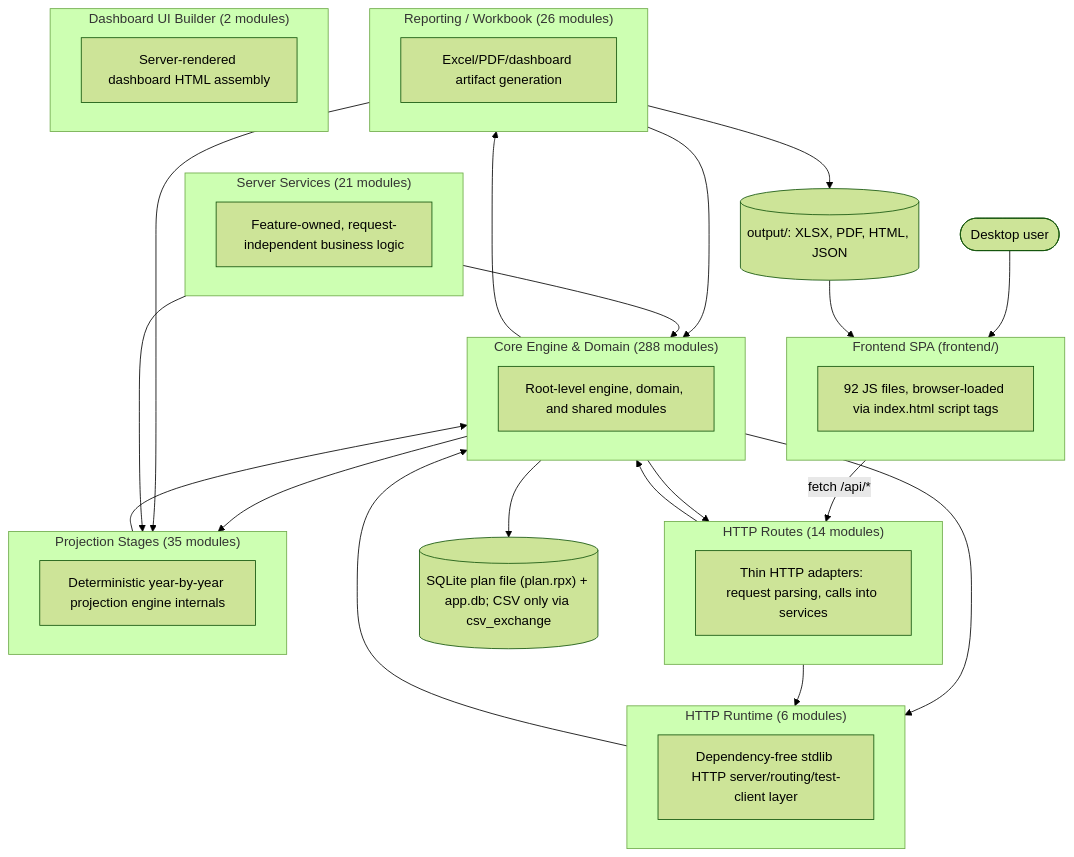
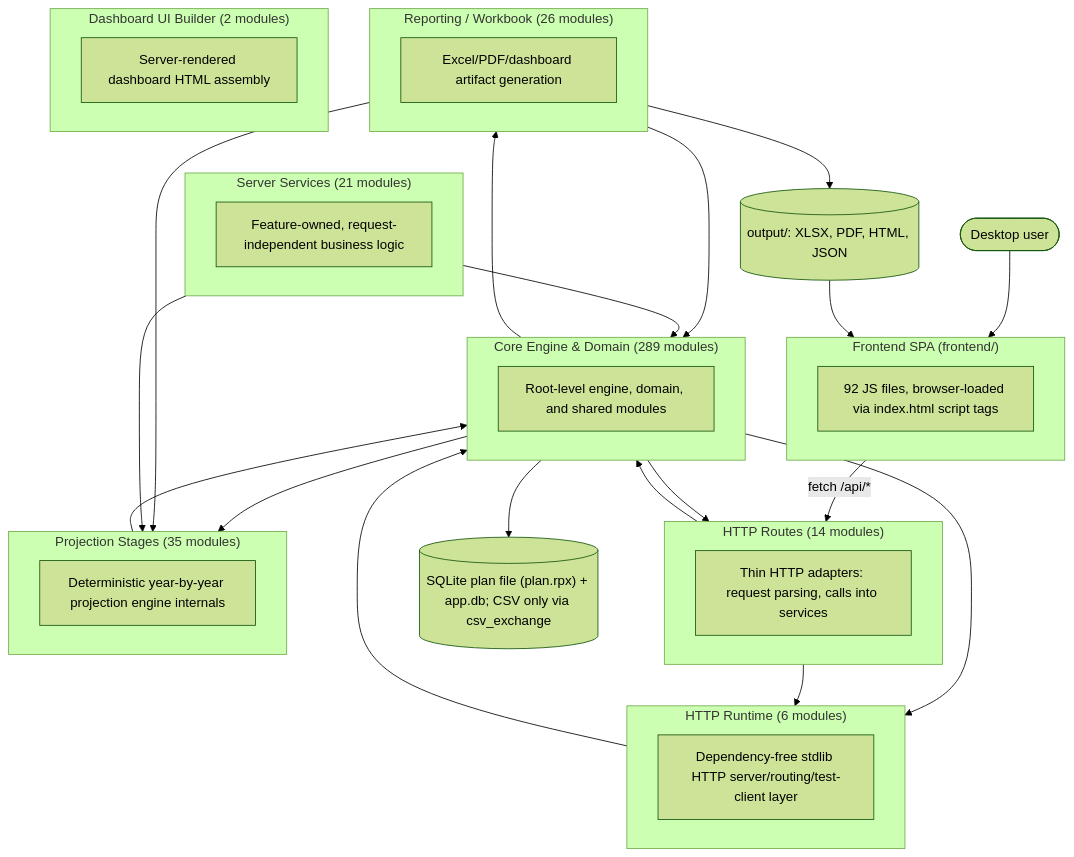
The first of 2 diagrams in documentation/reference/SYSTEM_ARCHITECTURE_DIAGRAM.md (matthartzman/retirement_system), drawn with Mermaid (forest theme) before and after one commit. The commit also changed other lines of this file and 7 other files, not shown here.

````diff
--- a/documentation/reference/SYSTEM_ARCHITECTURE_DIAGRAM.md
+++ b/documentation/reference/SYSTEM_ARCHITECTURE_DIAGRAM.md
@@ -11,44 +11,44 @@
 ```mermaid
 flowchart TB
     User(["Desktop user"]) --> FE
     subgraph FE["Frontend SPA (frontend/)"]
         FEcount["92 JS files, browser-loaded via index.html script tags"]
     end
     FE -->|fetch /api/*| L_HTTP_Routes
     subgraph L_HTTP_Routes["HTTP Routes (14 modules)"]
         L_HTTP_Routes_d["Thin HTTP adapters: request parsing, calls into services"]
     end
     subgraph L_Server_Services["Server Services (21 modules)"]
         L_Server_Services_d["Feature-owned, request-independent business logic"]
     end
     subgraph L_HTTP_Runtime["HTTP Runtime (6 modules)"]
         L_HTTP_Runtime_d["Dependency-free stdlib HTTP server/routing/test-client layer"]
     end
-    subgraph L_Core_Engine___Domain["Core Engine & Domain (288 modules)"]
+    subgraph L_Core_Engine___Domain["Core Engine & Domain (289 modules)"]
         L_Core_Engine___Domain_d["Root-level engine, domain, and shared modules"]
     end
     subgraph L_Projection_Stages["Projection Stages (35 modules)"]
         L_Projection_Stages_d["Deterministic year-by-year projection engine internals"]
     end
     subgraph L_Reporting___Workbook["Reporting / Workbook (26 modules)"]
         L_Reporting___Workbook_d["Excel/PDF/dashboard artifact generation"]
     end
     subgraph L_Dashboard_UI_Builder["Dashboard UI Builder (2 modules)"]
         L_Dashboard_UI_Builder_d["Server-rendered dashboard HTML assembly"]
     end
     L_Core_Engine___Domain --> L_HTTP_Routes
     L_Core_Engine___Domain --> L_HTTP_Runtime
     L_Core_Engine___Domain --> L_Projection_Stages
     L_Core_Engine___Domain --> L_Reporting___Workbook
     L_HTTP_Routes --> L_Core_Engine___Domain
     L_HTTP_Routes --> L_HTTP_Runtime
     L_HTTP_Runtime --> L_Core_Engine___Domain
     L_Projection_Stages --> L_Core_Engine___Domain
     L_Reporting___Workbook --> L_Core_Engine___Domain
     L_Reporting___Workbook --> L_Projection_Stages
     L_Server_Services --> L_Core_Engine___Domain
     L_Server_Services --> L_Projection_Stages
     L_Core_Engine___Domain --> DB[("SQLite plan file (plan.rpx) + app.db; CSV only via csv_exchange")]
     L_Reporting___Workbook --> Outputs[("output/: XLSX, PDF, HTML, JSON")]
     Outputs --> FE
 ```
````
